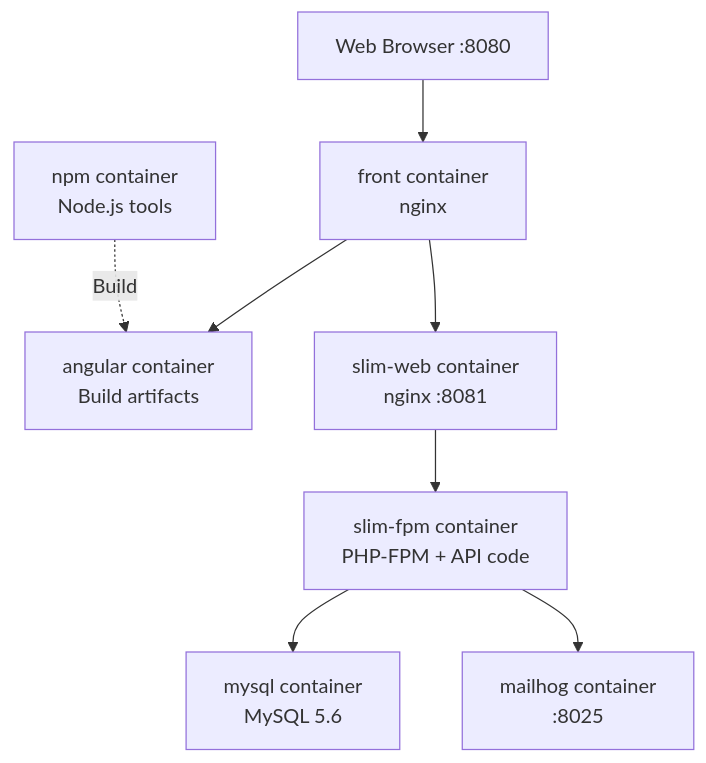
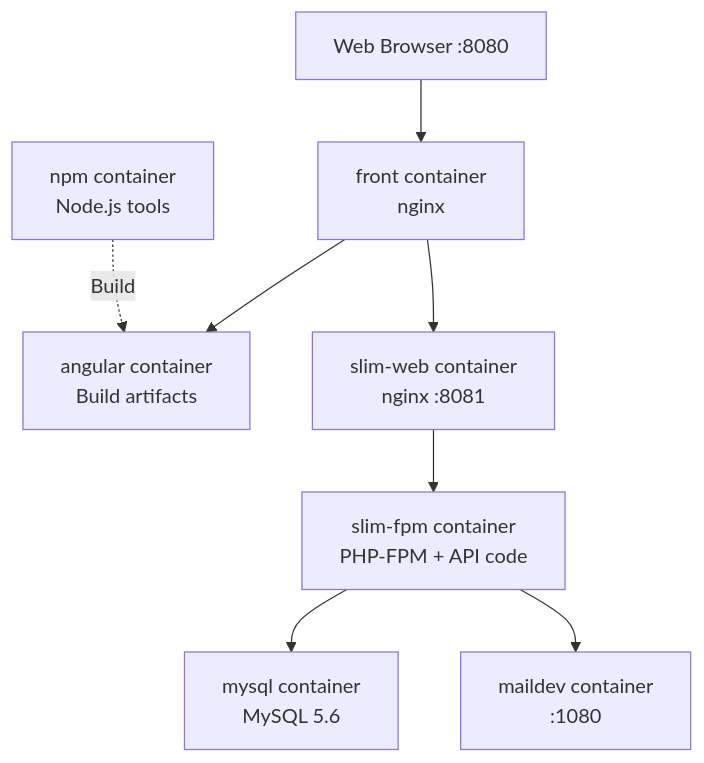
The diagram in docs/dev-setup.md (mleguen/tkdo), drawn with Mermaid before and after one commit. The commit also changed other lines of this file and 24 other files, not shown here.

First line of the commit message:
feat(story-0.2): replace MailHog with MailDev for email testing

````diff
--- a/docs/dev-setup.md
+++ b/docs/dev-setup.md
@@ -242,10 +242,10 @@
 ```mermaid
 graph TB
     Browser[Web Browser :8080] --> Front[front container<br/>nginx]
     Front --> Angular[angular container<br/>Build artifacts]
     Front --> SlimWeb[slim-web container<br/>nginx :8081]
     SlimWeb --> SlimFPM[slim-fpm container<br/>PHP-FPM + API code]
     SlimFPM --> MySQL[mysql container<br/>MySQL 5.6]
-    SlimFPM --> MailHog[mailhog container<br/>:8025]
+    SlimFPM --> MailDev[maildev container<br/>:1080]
     npm[npm container<br/>Node.js tools] -.->|Build| Angular
 ```
````
